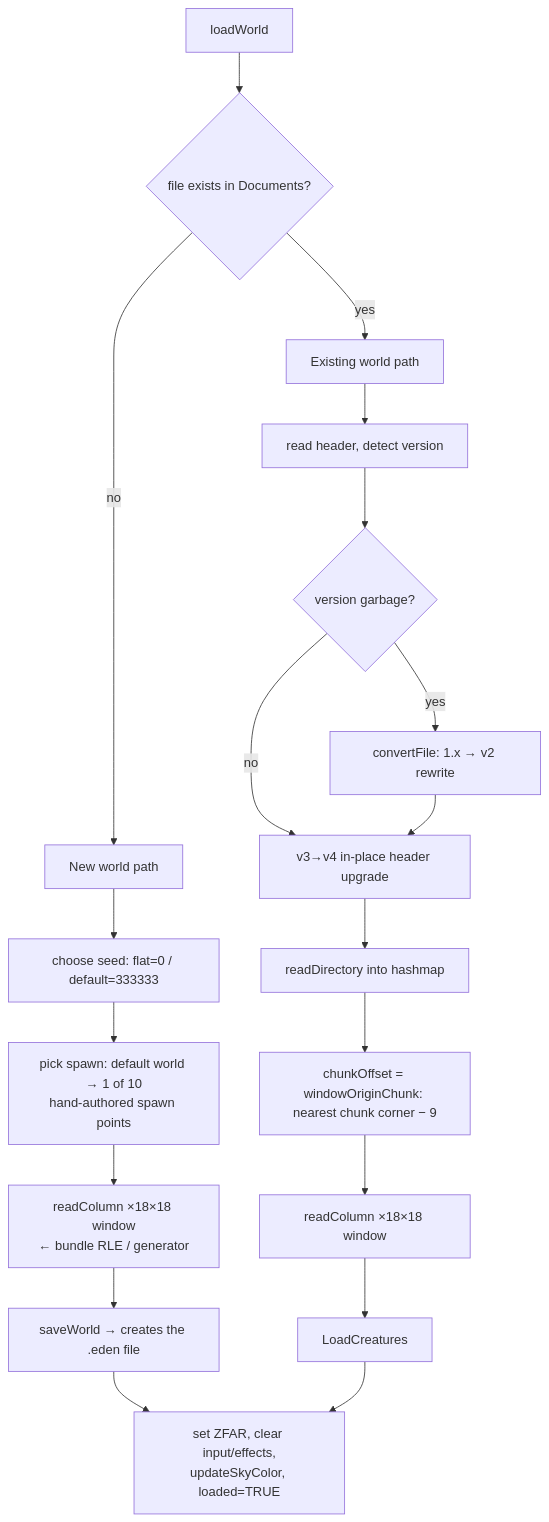
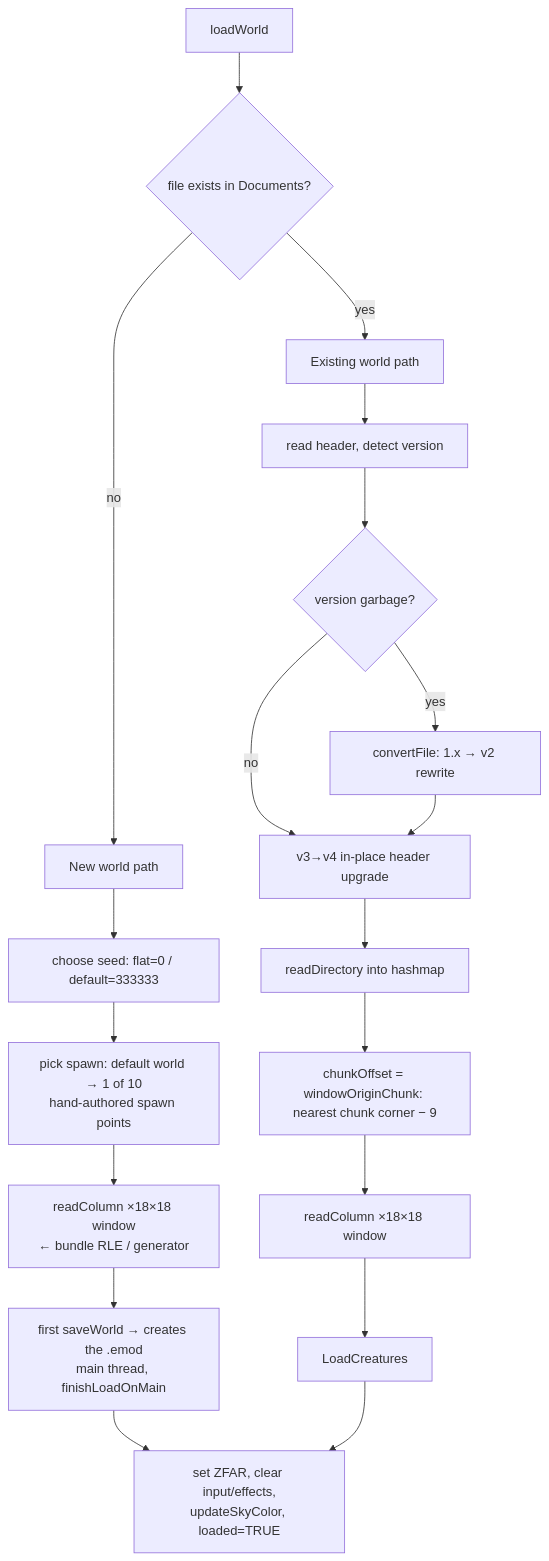
Before and after one commit to hagg3/edencom: the diagram in docs/save-load.md, drawn with Mermaid. The commit also changed other lines of this file and 572 other files, not shown here.

````diff
--- a/docs/save-load.md
+++ b/docs/save-load.md
@@ -74,21 +75,21 @@
 ```mermaid
 flowchart TD
     A[loadWorld] --> B{file exists in Documents?}
     B -- no --> N[New world path]
     B -- yes --> E[Existing world path]
     N --> N1[choose seed: flat=0 / default=333333]
     N1 --> N2[pick spawn: default world → 1 of 10<br/>hand-authored spawn points]
     N2 --> N3[readColumn ×18×18 window<br/>← bundle RLE / generator]
-    N3 --> N4[saveWorld → creates the .eden file]
+    N3 --> N4[first saveWorld → creates the .emod<br/>main thread, finishLoadOnMain]
     E --> E1[read header, detect version]
     E1 --> E2{version garbage?}
     E2 -- yes --> E3[convertFile: 1.x → v2 rewrite]
     E2 -- no --> E4[v3→v4 in-place header upgrade]
     E3 --> E4
     E4 --> E5[readDirectory into hashmap]
     E5 --> E6[chunkOffset = windowOriginChunk: nearest chunk corner − 9]
     E6 --> E7[readColumn ×18×18 window]
     E7 --> E8[LoadCreatures]
     N4 --> Z[set ZFAR, clear input/effects,<br/>updateSkyColor, loaded=TRUE]
     E8 --> Z
 ```
````
